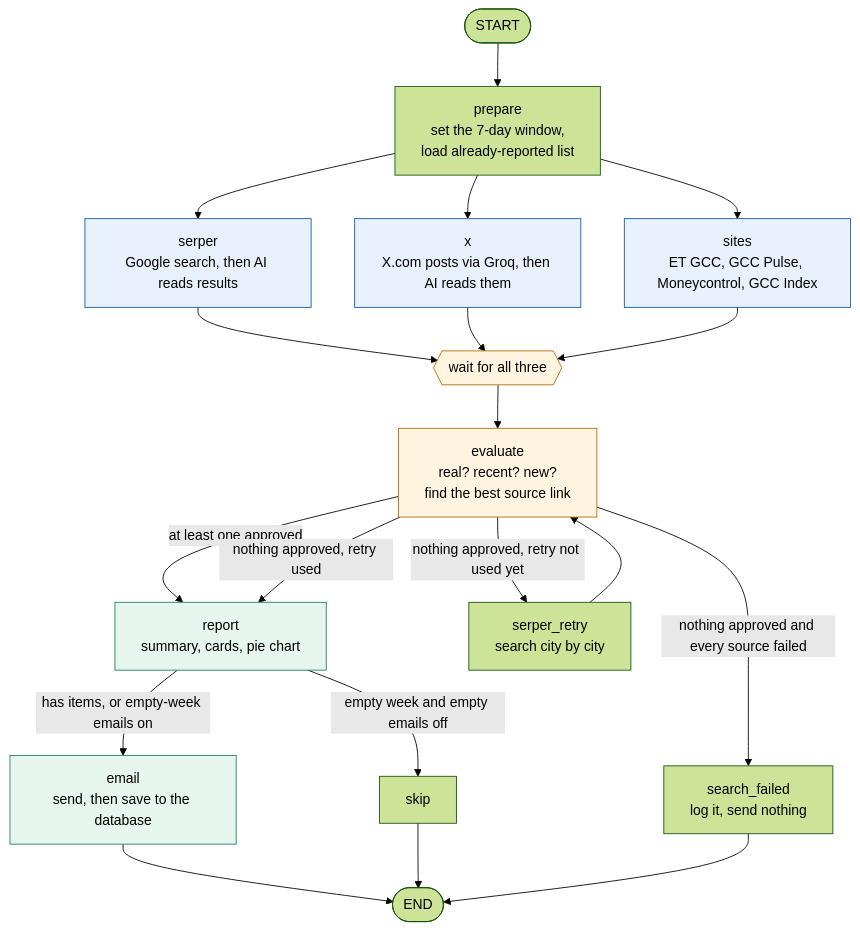
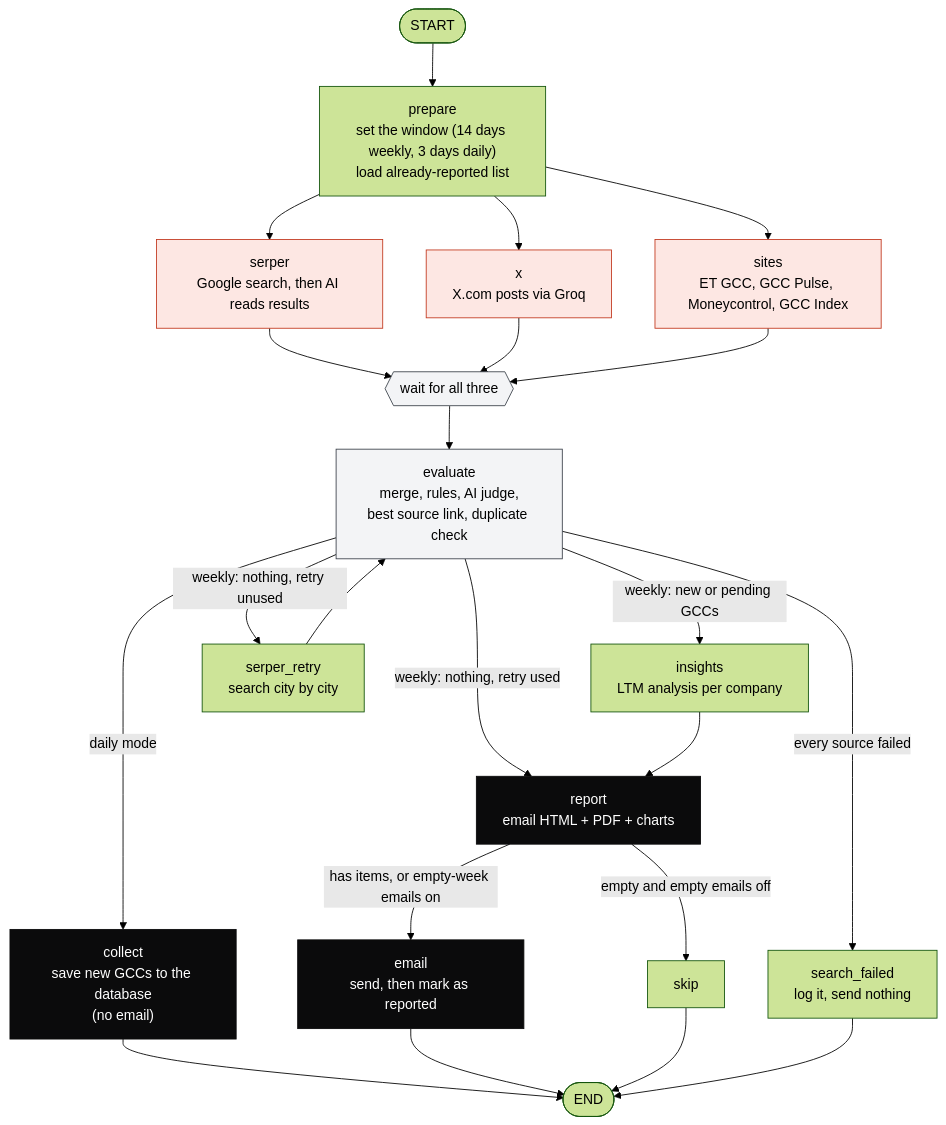
The first of 2 diagrams in docs/CODE_WALKTHROUGH.md (neudelta/gccreport), drawn with Mermaid (forest theme) before and after one commit. The commit also changed other lines of this file and 2 other files, not shown here.

First line of the commit message:
Update code walkthrough: dashboard, daily refresh and local setup

````diff
--- a/docs/CODE_WALKTHROUGH.md
+++ b/docs/CODE_WALKTHROUGH.md
@@ -66,33 +72,35 @@
 ```mermaid
 flowchart TD
-    S([START]) --> P["prepare<br/>set the 7-day window,<br/>load already-reported list"]
+    S([START]) --> P["prepare<br/>set the window (14 days weekly, 3 days daily)<br/>load already-reported list"]
 
     P --> SE["serper<br/>Google search, then AI reads results"]
-    P --> X["x<br/>X.com posts via Groq, then AI reads them"]
+    P --> X["x<br/>X.com posts via Groq"]
     P --> SI["sites<br/>ET GCC, GCC Pulse, Moneycontrol, GCC Index"]
 
     SE --> J{{"wait for all three"}}
     X --> J
     SI --> J
-    J --> E["evaluate<br/>real? recent? new?<br/>find the best source link"]
+    J --> E["evaluate<br/>merge, rules, AI judge,<br/>best source link, duplicate check"]
 
-    E -->|"at least one approved"| R["report<br/>summary, cards, pie chart"]
-    E -->|"nothing approved and every source failed"| F["search_failed<br/>log it, send nothing"]
-    E -->|"nothing approved, retry not used yet"| RT["serper_retry<br/>search city by city"]
+    E -->|"daily mode"| C["collect<br/>save new GCCs to the database<br/>(no email)"]
+    E -->|"weekly: new or pending GCCs"| I["insights<br/>LTM analysis per company"]
+    E -->|"weekly: nothing, retry unused"| RT["serper_retry<br/>search city by city"]
     RT --> E
-    E -->|"nothing approved, retry used"| R
+    E -->|"every source failed"| F["search_failed<br/>log it, send nothing"]
+    E -->|"weekly: nothing, retry used"| R
+    I --> R["report<br/>email HTML + PDF + charts"]
+    R -->|"has items, or empty-week emails on"| M["email<br/>send, then mark as reported"]
+    R -->|"empty and empty emails off"| K["skip"]
 
-    R -->|"has items, or empty-week emails on"| M["email<br/>send, then save to the database"]
-    R -->|"empty week and empty emails off"| K["skip"]
-
-    M --> Z([END])
+    C --> Z([END])
+    M --> Z
     K --> Z
     F --> Z
 
-    classDef src fill:#e8f1fb,stroke:#0b5cad;
-    classDef gate fill:#fff4e0,stroke:#b26a00;
-    classDef out fill:#e6f5ee,stroke:#1b7f5c;
+    classDef src fill:#FDE7E3,stroke:#C2391F;
+    classDef gate fill:#F3F4F6,stroke:#3D434C;
+    classDef out fill:#0B0B0C,stroke:#0B0B0C,color:#FFFFFF;
     class SE,X,SI src;
     class E,J gate;
-    class R,M out;
+    class R,M,C out;
 ```
````
